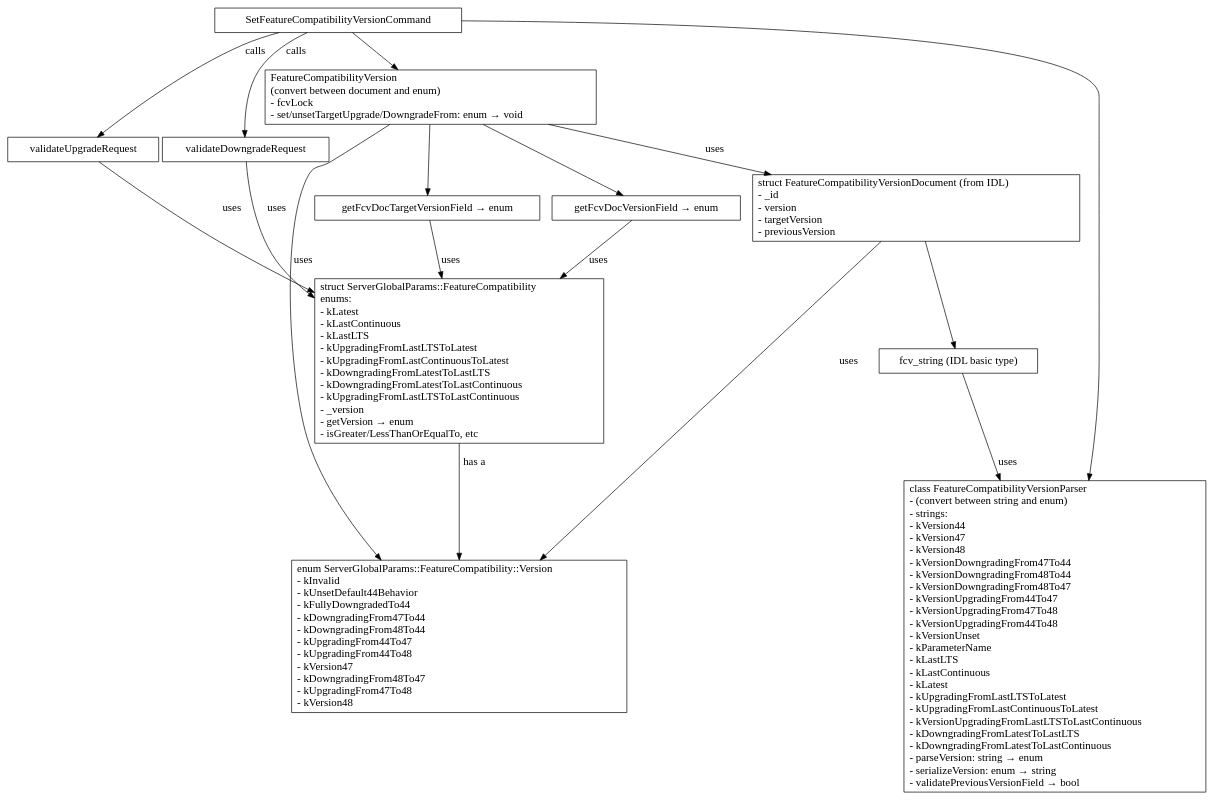
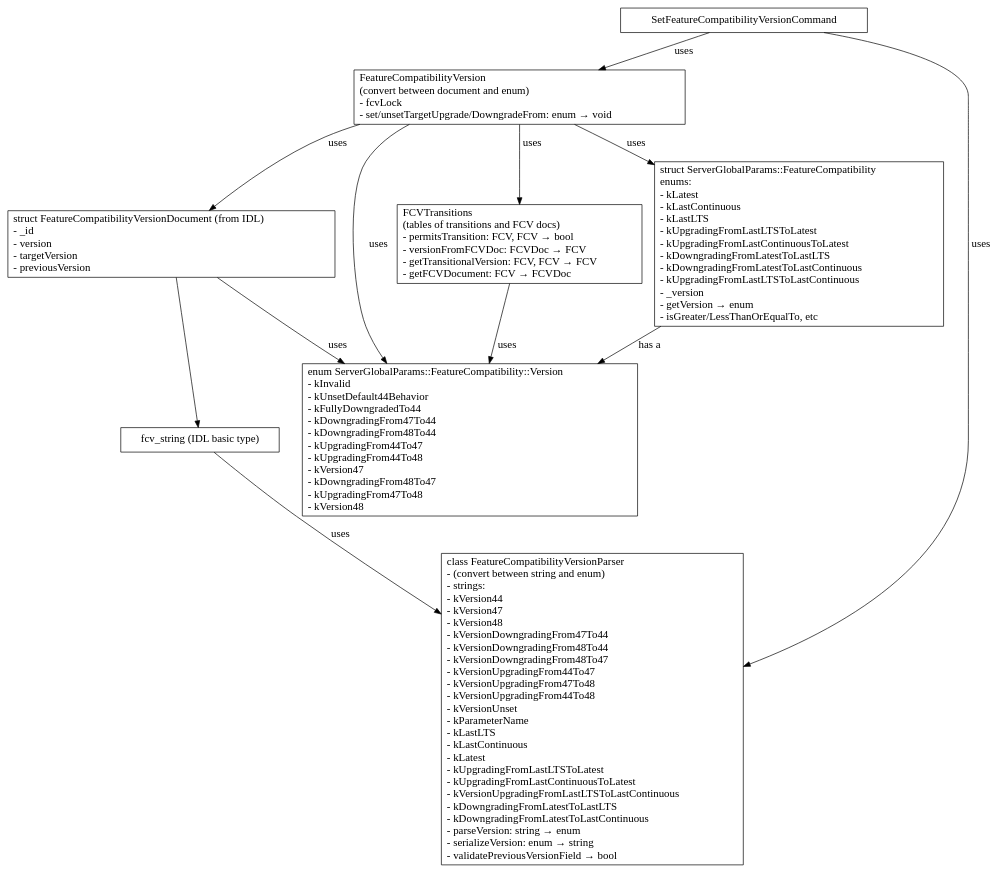
Before and after one commit to ajdavis/SERVER-50758-fcv-refactor-design: the diagram in fcv_components/fcv_components.gv, drawn with Graphviz.

Commit message:
add FCVTransitions to diagram 00
SERVER-51474 is done now

```diff
--- a/fcv_components/fcv_components.gv
+++ b/fcv_components/fcv_components.gv
@@ -1,78 +1,61 @@
 digraph g {
 graph [
 rankdir = "TB";
 ];
 node [
 fontsize = "16";
 labeljust = "left";
 shape = "record";
 style = "filled";
 fillcolor = "white";
 ];
 edge [
 fontsize = "16";
 labeljust = "left";
 ];
 
 FeatureCompatibility [
 label = "struct ServerGlobalParams\:\:FeatureCompatibility\lenums\:\l-\ kLatest\l-\ kLastContinuous\l-\ kLastLTS\l-\ kUpgradingFromLastLTSToLatest\l-\ kUpgradingFromLastContinuousToLatest\l-\ kDowngradingFromLatestToLastLTS\l-\ kDowngradingFromLatestToLastContinuous\l-\ kUpgradingFromLastLTSToLastContinuous\l-\ _version\l-\ getVersion → enum\l-\ isGreater/LessThanOrEqualTo, etc\l"
 ];
 
 FeatureCompatibilityVersionEnum [
 label = "enum ServerGlobalParams\:\:FeatureCompatibility\:\:Version\l-\ kInvalid\l-\ kUnsetDefault44Behavior\l-\ kFullyDowngradedTo44\l-\ kDowngradingFrom47To44\l-\ kDowngradingFrom48To44\l-\ kUpgradingFrom44To47\l-\ kUpgradingFrom44To48\l-\ kVersion47\l-\ kDowngradingFrom48To47\l-\ kUpgradingFrom47To48\l-\ kVersion48\l"
 ];
 
 
 FeatureCompatibilityVersionDocument [
 label = "struct FeatureCompatibilityVersionDocument (from IDL)\l-\ _id\l-\ version\l-\ targetVersion\l-\ previousVersion\l"
 ];
 
 FeatureCompatibilityVersionParser [
 label = "class FeatureCompatibilityVersionParser\l-\ (convert between string and enum)\l-\ strings\:\l-\ kVersion44\l-\ kVersion47\l-\ kVersion48\l-\ kVersionDowngradingFrom47To44\l-\ kVersionDowngradingFrom48To44\l-\ kVersionDowngradingFrom48To47\l-\ kVersionUpgradingFrom44To47\l-\ kVersionUpgradingFrom47To48\l-\ kVersionUpgradingFrom44To48\l-\ kVersionUnset\l-\ kParameterName\l-\ kLastLTS\l-\ kLastContinuous\l-\ kLatest\l-\ kUpgradingFromLastLTSToLatest\l-\ kUpgradingFromLastContinuousToLatest\l-\ kVersionUpgradingFromLastLTSToLastContinuous\l-\ kDowngradingFromLatestToLastLTS\l-\ kDowngradingFromLatestToLastContinuous\l-\ parseVersion: string → enum\l-\ serializeVersion: enum → string\l-\ validatePreviousVersionField → bool\l"
 ];
 
 FeatureCompatibilityVersion [
 label = "FeatureCompatibilityVersion\l(convert between document and enum)\l-\ fcvLock\l-\ set/unsetTargetUpgrade/DowngradeFrom: enum → void\l"
 ];
 
-getFcvDocTargetVersionField [
-label = "getFcvDocTargetVersionField → enum"
-];
-
-getFcvDocVersionField [
-label = "getFcvDocVersionField → enum"
+FCVTransitions [
+label = "FCVTransitions\l(tables of transitions and FCV docs)\l-\ permitsTransition: FCV, FCV → bool\l-\ versionFromFCVDoc: FCVDoc → FCV\l-\ getTransitionalVersion: FCV, FCV → FCV\l-\ getFCVDocument: FCV → FCVDoc\l"
 ];
 
 fcv_string [
 label = "fcv_string \(IDL basic type\)"
 ];
 
 SetFeatureCompatibilityVersionCommand [
 label = "SetFeatureCompatibilityVersionCommand"
 ];
 
-validateDowngradeRequest [
-label = "validateDowngradeRequest"
-];
-
-validateUpgradeRequest [
-label = "validateUpgradeRequest"
-];
-
-getFcvDocTargetVersionField -> FeatureCompatibility [label = "uses"];
-getFcvDocVersionField -> FeatureCompatibility [label = "uses"];
 FeatureCompatibility -> FeatureCompatibilityVersionEnum [label = "has a"];
 FeatureCompatibilityVersion -> FeatureCompatibilityVersionEnum [label = "uses"];
 FeatureCompatibilityVersion -> FeatureCompatibilityVersionDocument [label = "uses"];
-FeatureCompatibilityVersion -> getFcvDocVersionField;
-FeatureCompatibilityVersion -> getFcvDocTargetVersionField;
+FeatureCompatibilityVersion -> FeatureCompatibility [label = "uses"];
+FeatureCompatibilityVersion -> FCVTransitions [label = "uses"];
+FCVTransitions -> FeatureCompatibilityVersionEnum [label = "uses"];
 FeatureCompatibilityVersionDocument -> FeatureCompatibilityVersionEnum [label = "uses"];
 fcv_string -> FeatureCompatibilityVersionParser [label = "uses"];
-SetFeatureCompatibilityVersionCommand -> validateDowngradeRequest [label = "calls"];
-SetFeatureCompatibilityVersionCommand -> validateUpgradeRequest [label = "calls"];
-SetFeatureCompatibilityVersionCommand -> FeatureCompatibilityVersionParser;
-SetFeatureCompatibilityVersionCommand -> FeatureCompatibilityVersion;
-validateDowngradeRequest -> FeatureCompatibility [label = "uses"];
-validateUpgradeRequest -> FeatureCompatibility [label = "uses"];
+SetFeatureCompatibilityVersionCommand -> FeatureCompatibilityVersionParser [label = "uses"];
+SetFeatureCompatibilityVersionCommand -> FeatureCompatibilityVersion [label = "uses"];
 FeatureCompatibilityVersionDocument -> fcv_string;
 }
```
